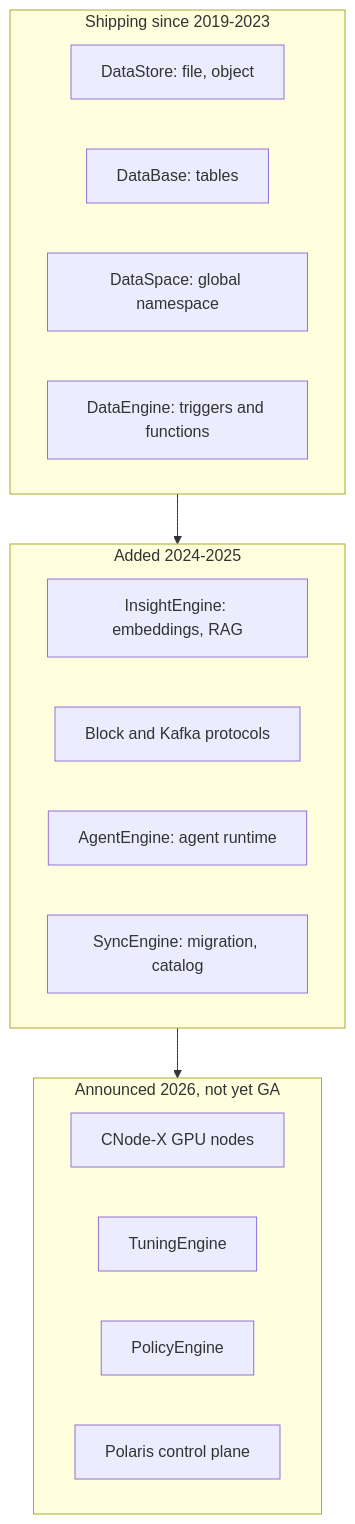
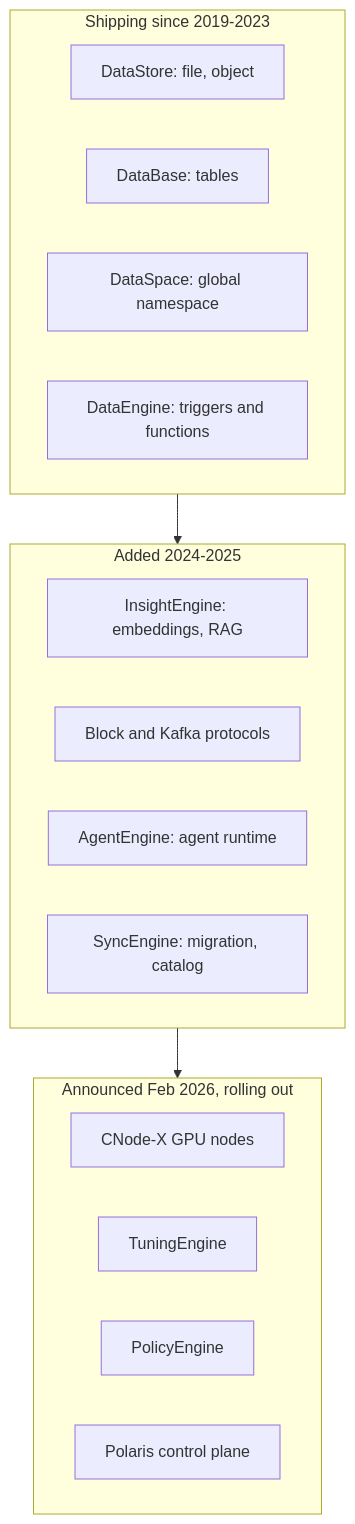
One commit to FrankHuang94/storage-_db_claude changed the first of 4 diagrams in docs/06-industry-and-competition/42-vast-data.md. Above: the diagram before and after it, drawn with Mermaid. The commit also changed other lines of this file and 15 other files, not shown here.

````diff
--- a/docs/06-industry-and-competition/42-vast-data.md
+++ b/docs/06-industry-and-competition/42-vast-data.md
@@ -93,22 +93,22 @@
 ```mermaid
 flowchart TB
     subgraph S1["Shipping since 2019-2023"]
         A1["DataStore: file, object"]
         A2["DataBase: tables"]
         A3["DataSpace: global namespace"]
         A4["DataEngine: triggers and functions"]
     end
     subgraph S2["Added 2024-2025"]
         B1["InsightEngine: embeddings, RAG"]
         B2["Block and Kafka protocols"]
         B3["AgentEngine: agent runtime"]
         B4["SyncEngine: migration, catalog"]
     end
-    subgraph S3["Announced 2026, not yet GA"]
+    subgraph S3["Announced Feb 2026, rolling out"]
         C1["CNode-X GPU nodes"]
         C2["TuningEngine"]
         C3["PolicyEngine"]
         C4["Polaris control plane"]
     end
     S1 --> S2 --> S3
 ```
````
